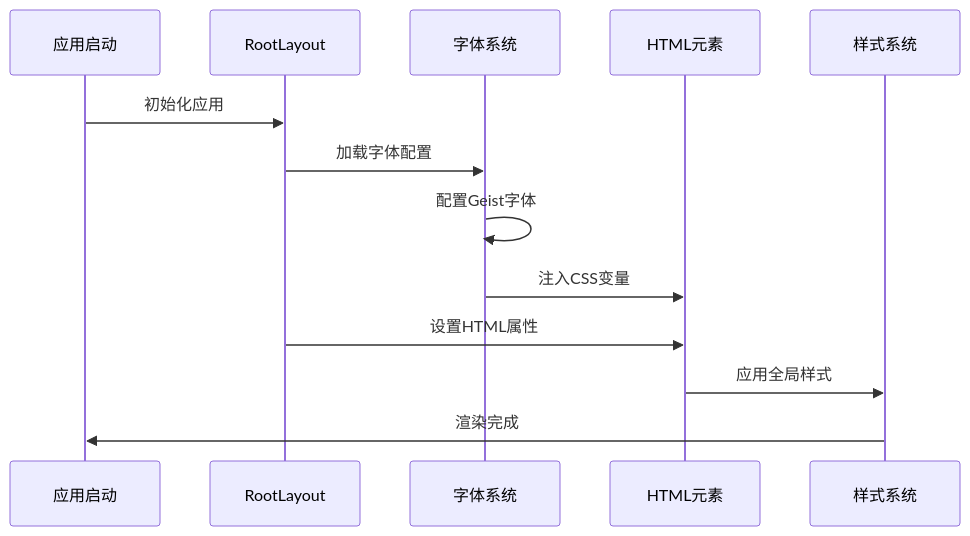
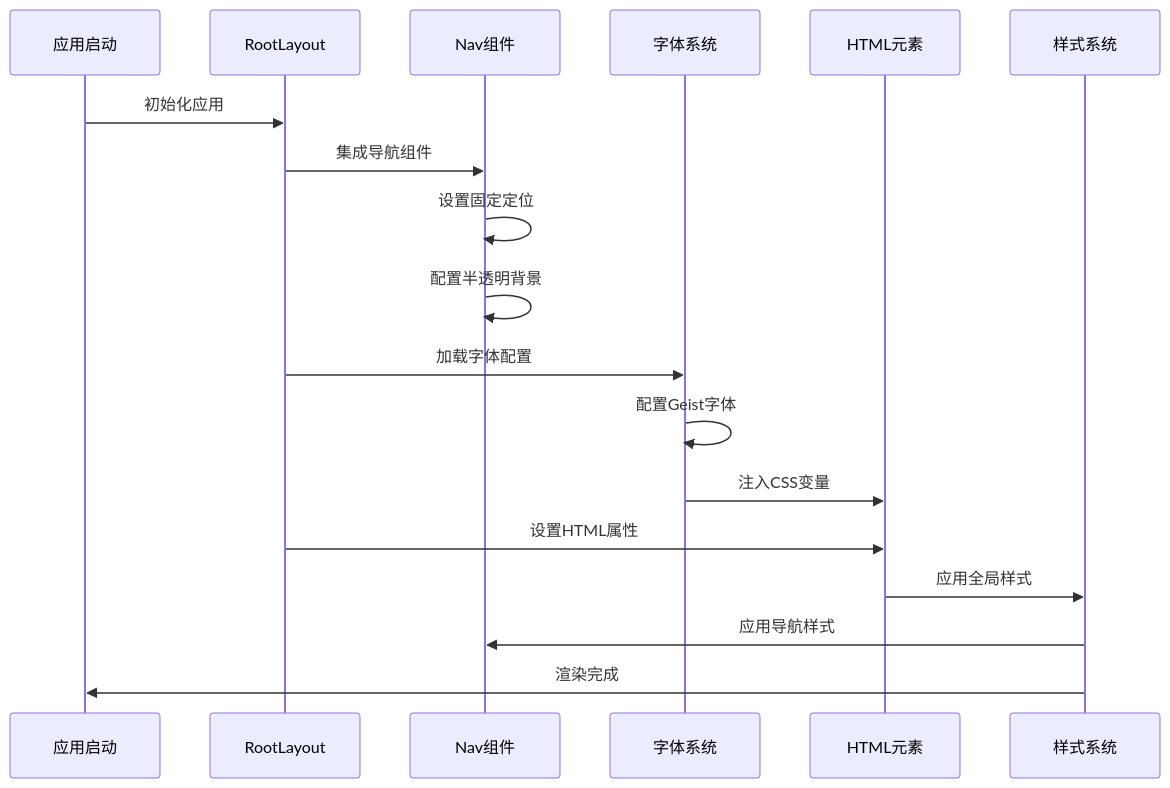
One commit to caoLei1997/Blog changed the fourth of 6 diagrams in .qoder/repowiki/zh/content/项目架构/核心组件详解/核心组件详解.md. Above: the diagram before and after it, drawn with Mermaid. The commit also changed other lines of this file and 27 other files, not shown here.

````diff
--- a/.qoder/repowiki/zh/content/项目架构/核心组件详解/核心组件详解.md
+++ b/.qoder/repowiki/zh/content/项目架构/核心组件详解/核心组件详解.md
@@ -201,15 +244,20 @@
 ```mermaid
 sequenceDiagram
 participant App as 应用启动
 participant Layout as RootLayout
+participant Nav as Nav组件
 participant Font as 字体系统
 participant HTML as HTML元素
 participant CSS as 样式系统
 App->>Layout : 初始化应用
+Layout->>Nav : 集成导航组件
+Nav->>Nav : 设置固定定位
+Nav->>Nav : 配置半透明背景
 Layout->>Font : 加载字体配置
 Font->>Font : 配置Geist字体
 Font->>HTML : 注入CSS变量
 Layout->>HTML : 设置HTML属性
 HTML->>CSS : 应用全局样式
+CSS->>Nav : 应用导航样式
 CSS->>App : 渲染完成
 ```
````
